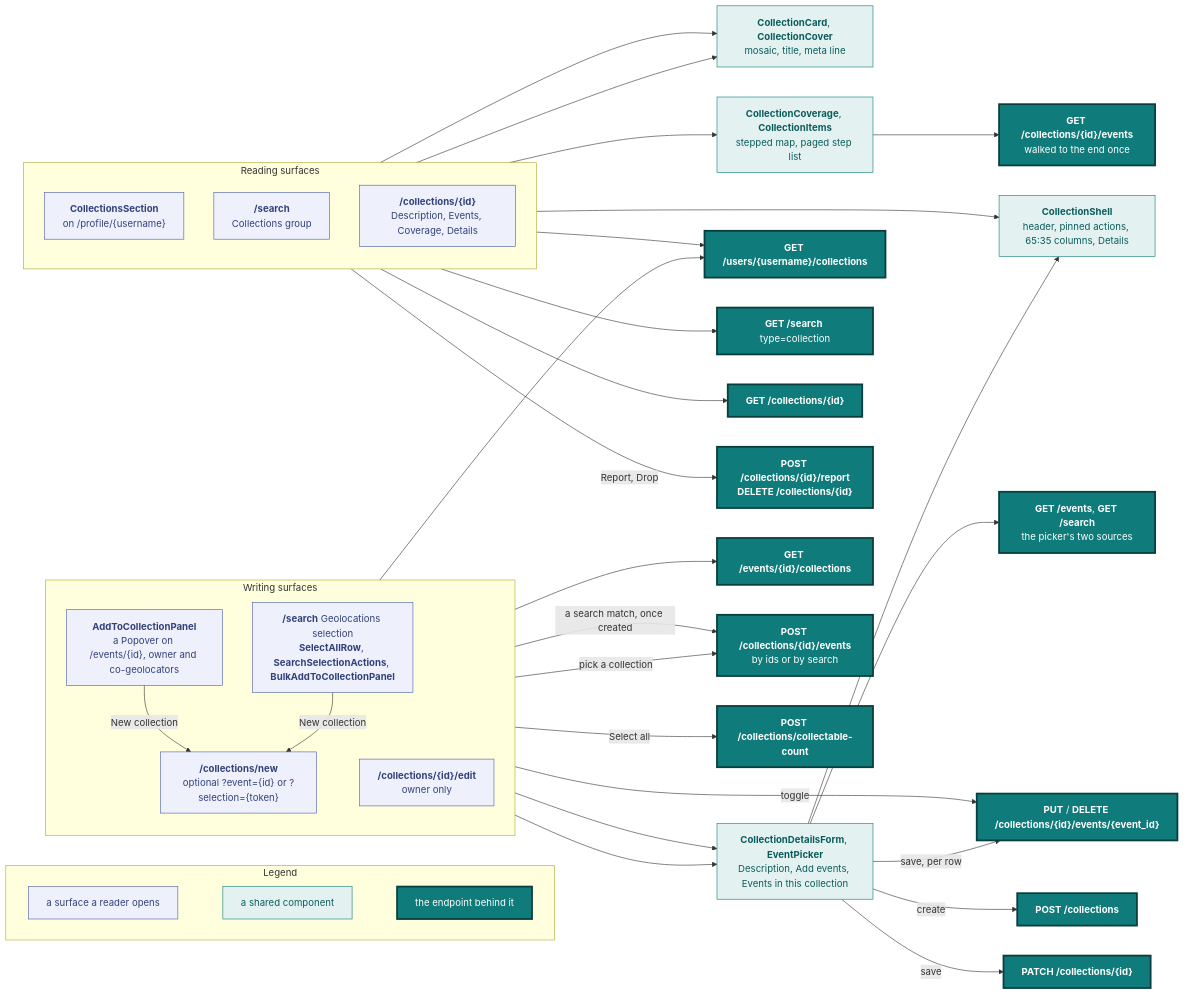
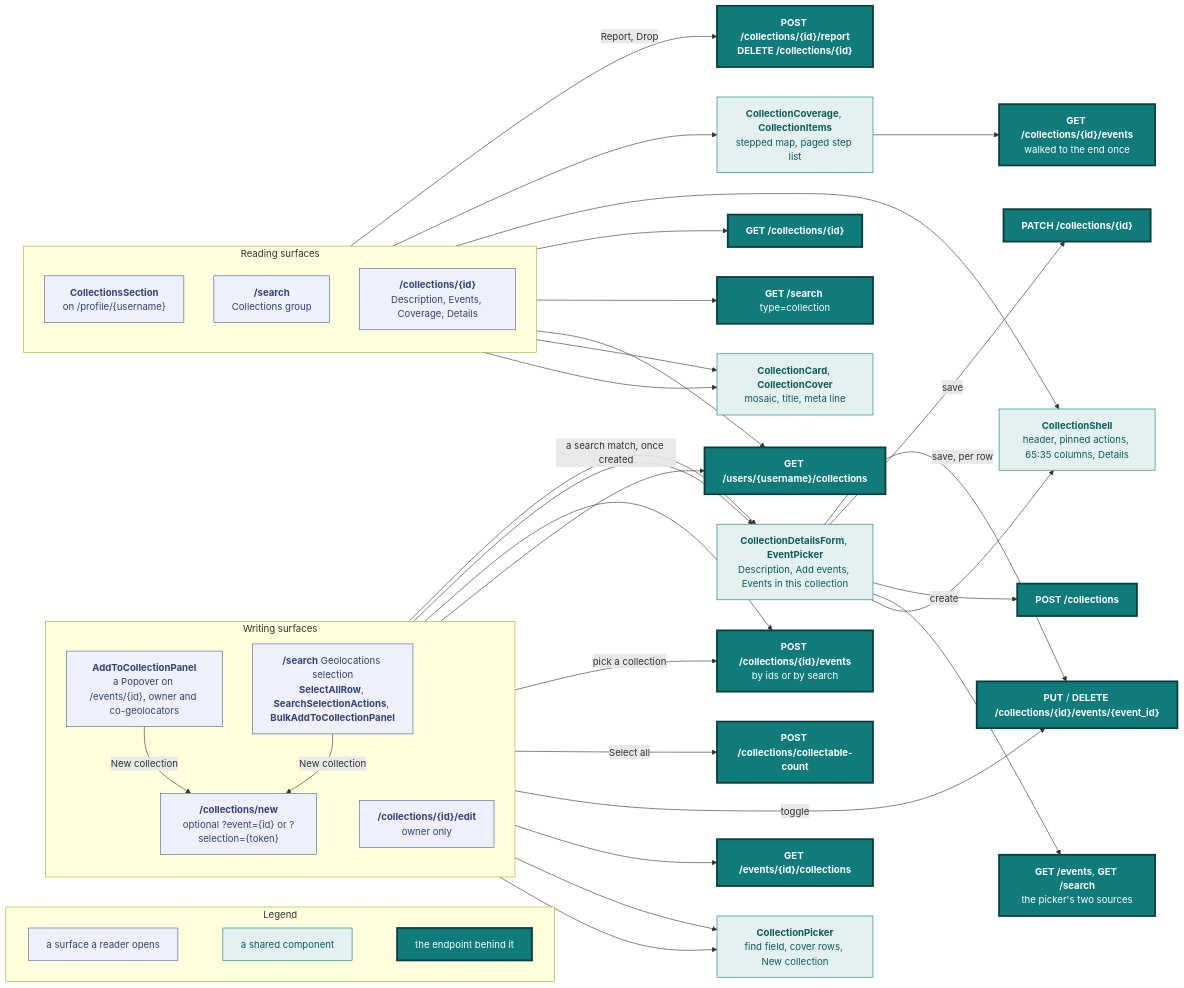
Before and after one commit to vidithq/vidit: diagram 16 of 19 in docs/design.md, drawn with Mermaid. The commit also changed other lines of this file and 12 other files, not shown here.

First line of the commit message:
feat(collections): give both Add to collection popovers one picker (#774)

```diff
--- a/docs/design.md
+++ b/docs/design.md
@@ -1525,6 +1525,8 @@
   stepped map, paged step list`"]:::shared
   form["`**CollectionDetailsForm**, **EventPicker**
   Description, Add events, Events in this collection`"]:::shared
+  picker["`**CollectionPicker**
+  find field, cover rows, New collection`"]:::shared
 
   gu["`**GET /users/{username}/collections**`"]:::core
   gs["`**GET /search** type=collection`"]:::core
@@ -1551,6 +1553,8 @@
   page --> shell
   page --> reader --> gce
   page -->|"Report, Drop"| act
+  panel --> picker
+  bulk --> picker
   panel --> ge
   panel -->|"toggle"| member
   panel -->|"New collection"| newp
```
